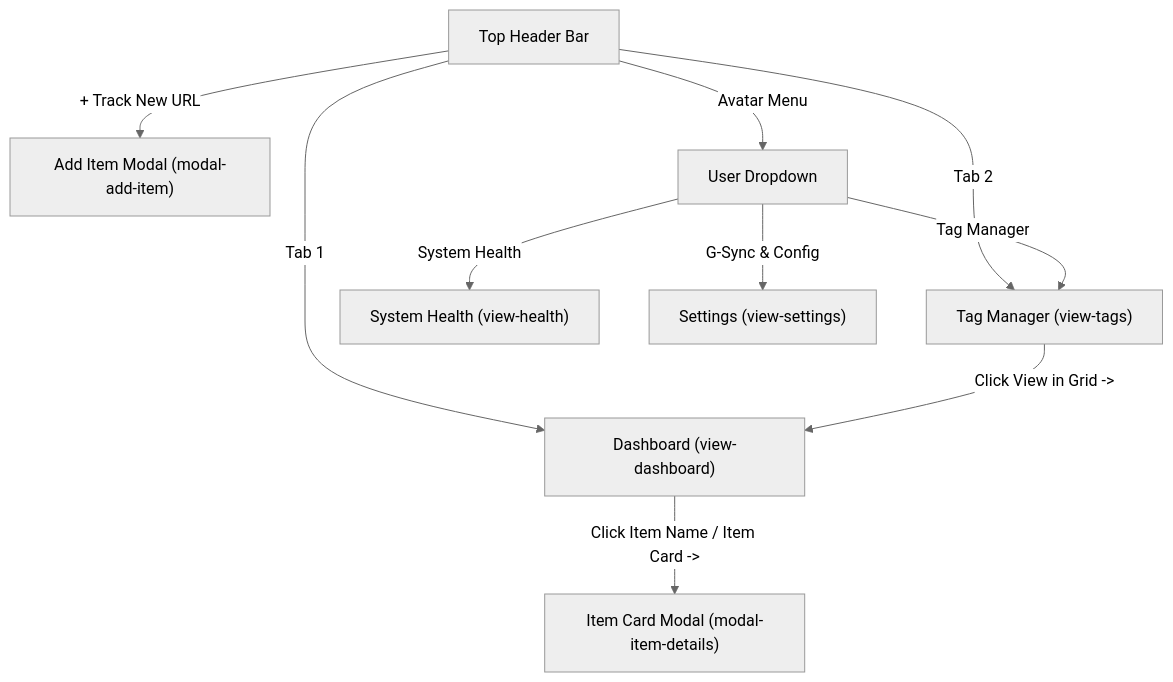
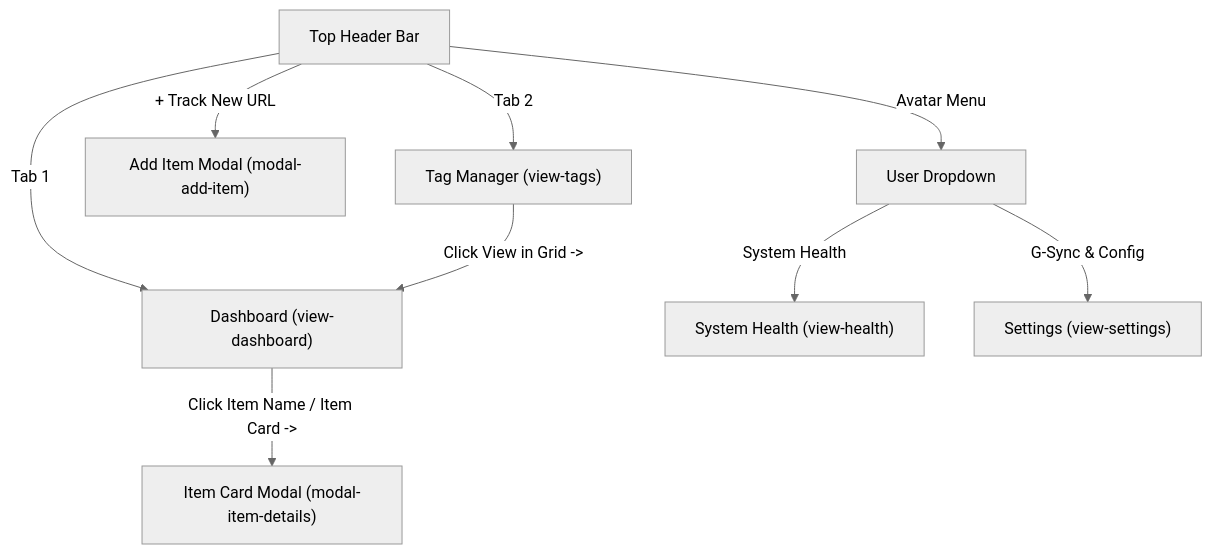
Before and after one commit to meksico/price-pulse: the second of 2 diagrams in SRS.md, drawn with Mermaid (neutral theme). The commit also changed other lines of this file and 12 other files, not shown here.

Commit message:
feat(ui): remove Tag Manager from user dropdown and Run Batch Check Now from System Health (v0.3.12)

````diff
--- a/SRS.md
+++ b/SRS.md
@@ -96,12 +95,11 @@
 ```mermaid
 flowchart TD
     Header["Top Header Bar"] -->|"Tab 1"| Dash["Dashboard (view-dashboard)"]
     Header -->|"Tab 2"| Tags["Tag Manager (view-tags)"]
     Header -->|"+ Track New URL"| AddModal["Add Item Modal (modal-add-item)"]
     Header -->|"Avatar Menu"| Menu["User Dropdown"]
     Menu -->|"System Health"| Health["System Health (view-health)"]
-    Menu -->|"Tag Manager"| Tags
     Menu -->|"G-Sync & Config"| Settings["Settings (view-settings)"]
     Dash -->|"Click Item Name / Item Card ->"| DetailModal["Item Card Modal (modal-item-details)"]
     Tags -->|"Click View in Grid ->"| Dash
 ```
````
